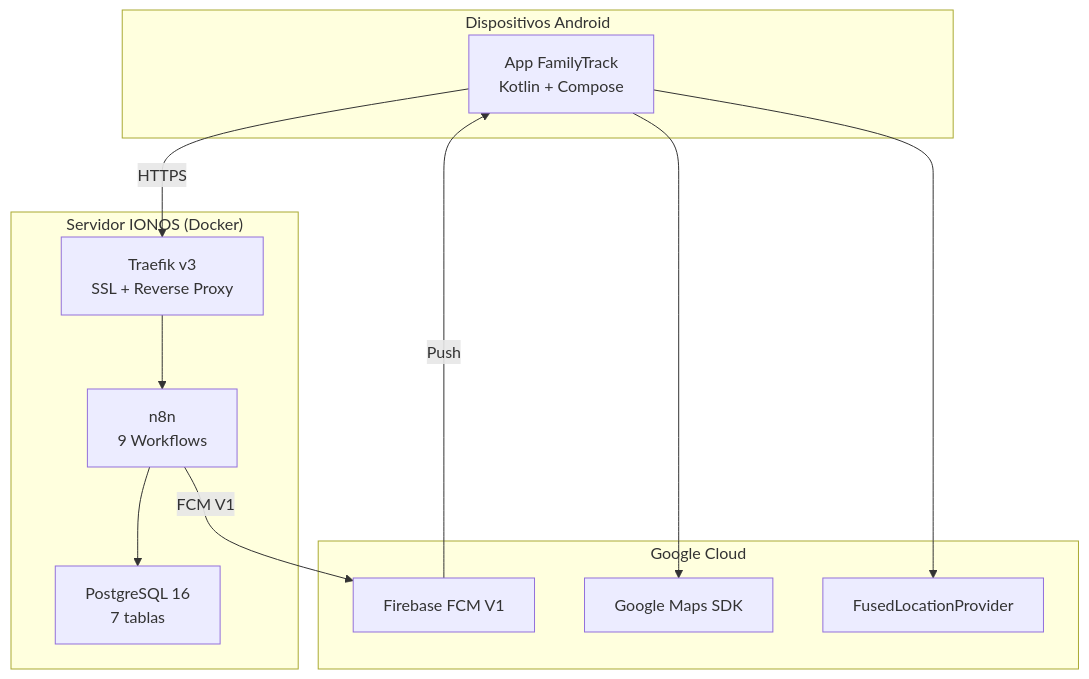
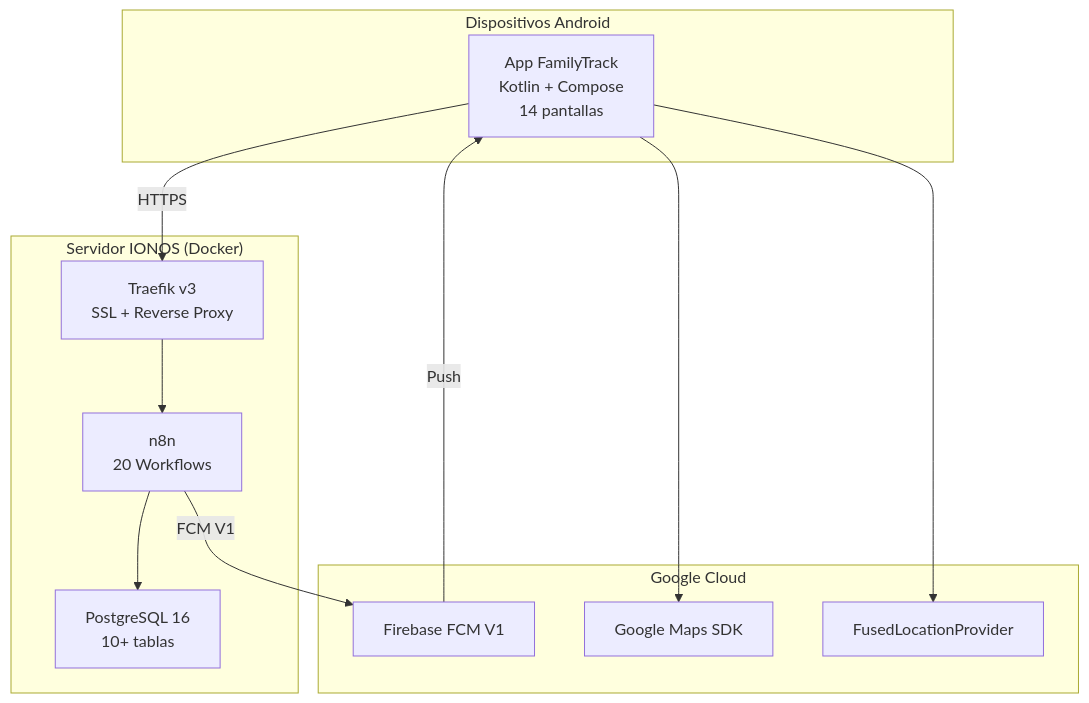
One commit to monghithub/familitrack changed the first of 2 diagrams in README.md. Above: the diagram before and after it, drawn with Mermaid. The commit also changed other lines of this file and 7 other files, not shown here.

````diff
--- a/README.md
+++ b/README.md
@@ -28,23 +48,23 @@
 ```mermaid
 graph TB
     subgraph "Dispositivos Android"
-        APP[App FamilyTrack<br/>Kotlin + Compose]
+        APP[App FamilyTrack<br/>Kotlin + Compose<br/>14 pantallas]
     end
 
     subgraph "Google Cloud"
         FCM[Firebase FCM V1]
         MAPS[Google Maps SDK]
         GPS[FusedLocationProvider]
     end
 
     subgraph "Servidor IONOS (Docker)"
         TRAEFIK[Traefik v3<br/>SSL + Reverse Proxy]
-        N8N[n8n<br/>9 Workflows]
-        PG[PostgreSQL 16<br/>7 tablas]
+        N8N[n8n<br/>20 Workflows]
+        PG[PostgreSQL 16<br/>10+ tablas]
     end
 
     APP -->|HTTPS| TRAEFIK --> N8N --> PG
     N8N -->|FCM V1| FCM -->|Push| APP
     APP --> GPS
     APP --> MAPS
 ```
````
